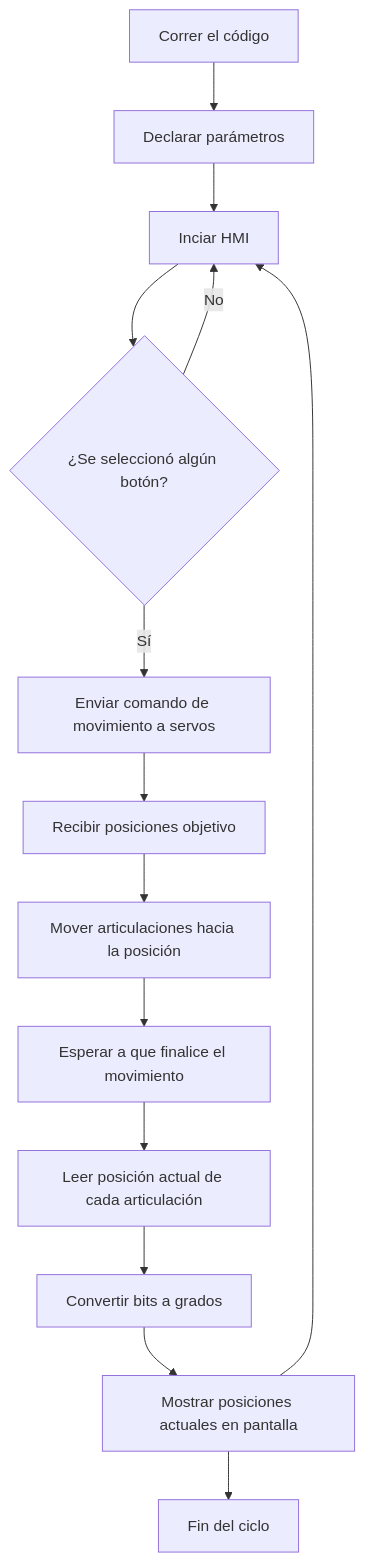
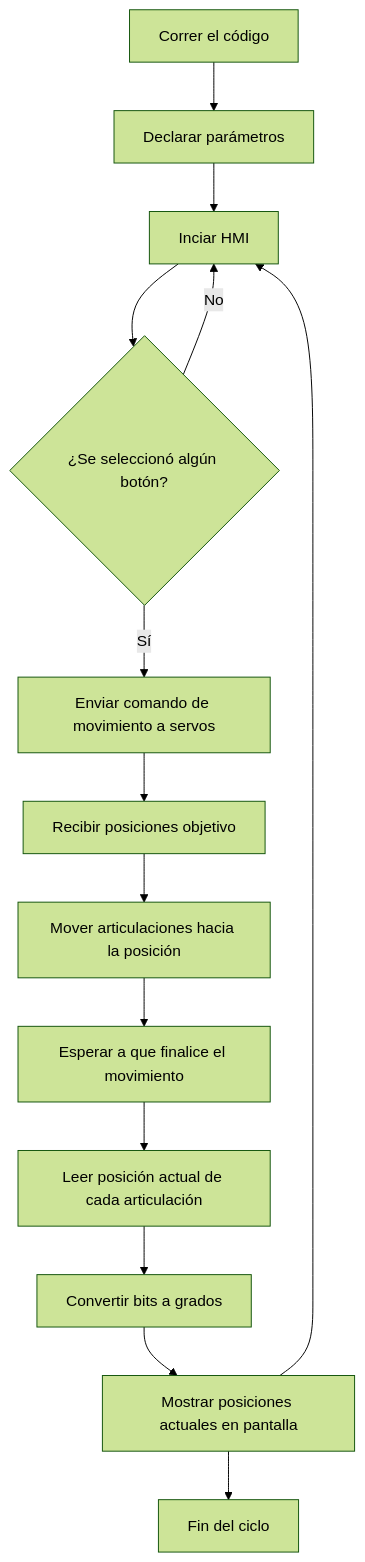
One commit to Juanfe710/Laboratorio_4_Rob-tica changed the diagram in README.md. Above: the diagram before and after it, drawn with Mermaid.

````diff
--- a/README.md
+++ b/README.md
@@ -5,16 +5,21 @@
 ```mermaid
+---
+config:
+  logLevel: 'debug'
+  theme: 'forest'
+---
 flowchart TD
     A[Correr el código] --> B[Declarar parámetros]
     B --> C[Inciar HMI]
     C --> D{¿Se seleccionó algún botón?}
     D -- Sí --> E[Enviar comando de movimiento a servos]
     D -- No --> C
     E --> G[Recibir posiciones objetivo]
     G --> H[Mover articulaciones hacia la posición]
     H --> I[Esperar a que finalice el movimiento]
     I --> J[Leer posición actual de cada articulación]
     J --> K[Convertir bits a grados]
     K --> L[Mostrar posiciones actuales en pantalla]
     L --> M[Fin del ciclo]
     L --> C
 ```
````
